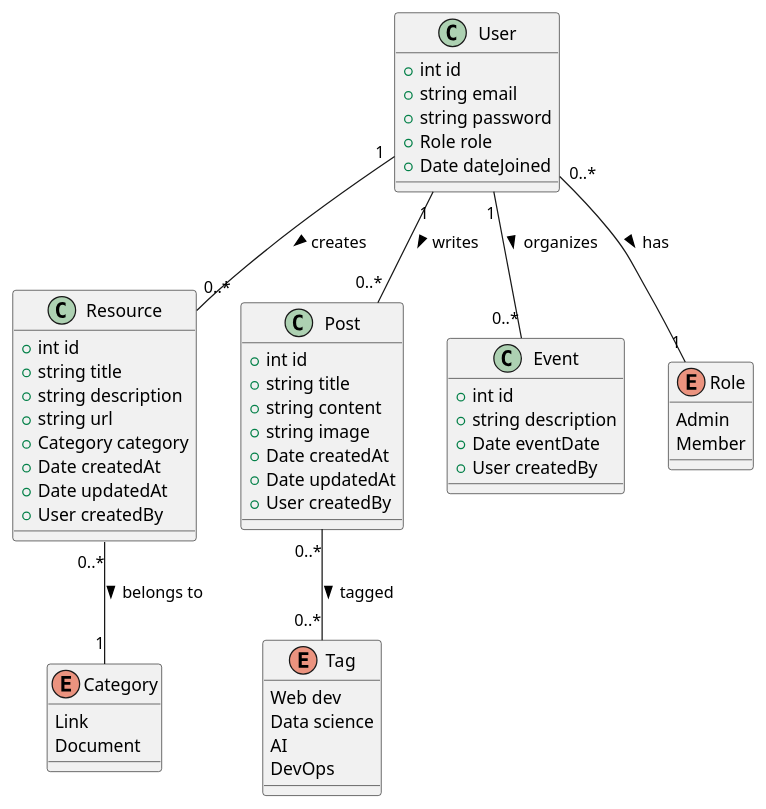
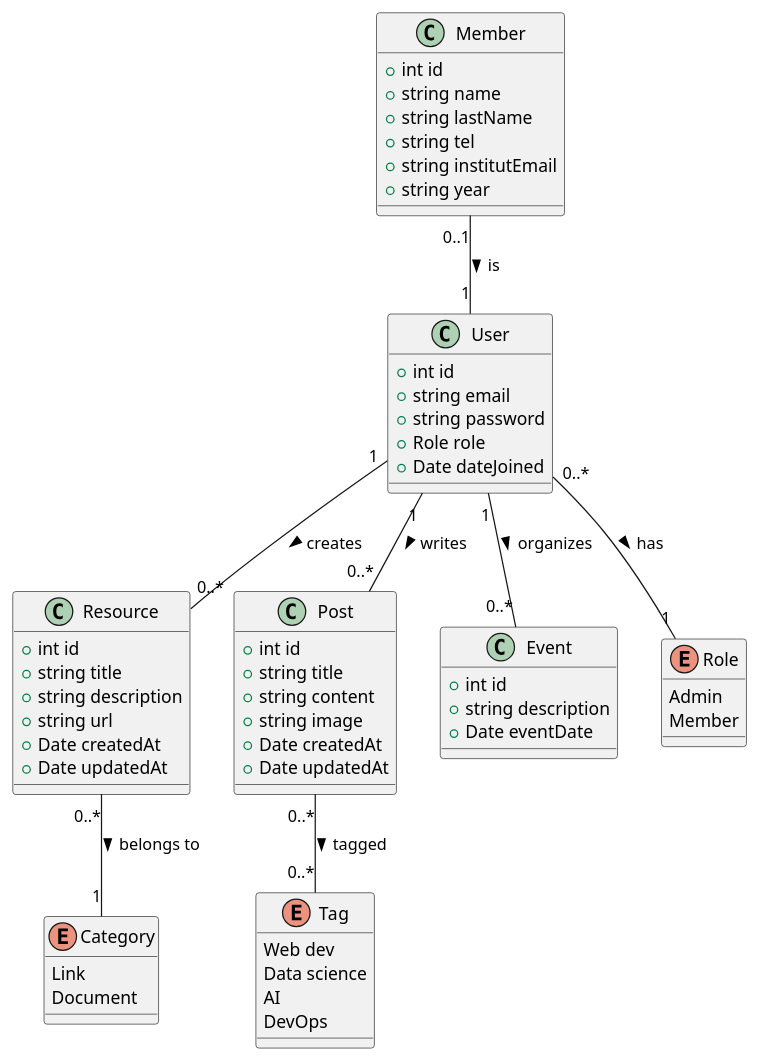
Before and after one commit to gl-ensias-community/gl-ensias: the diagram in uml/class_diagram.plantuml, drawn with PlantUML.

Commit message:
Update class diagram: add member class, remove class attributes

```diff
--- a/uml/class_diagram.plantuml
+++ b/uml/class_diagram.plantuml
@@ -1,63 +1,69 @@
 @startuml
 
 class User {
   +int id
   +string email
   +string password
   +Role role
   +Date dateJoined
 }
 
+class Member {
+  +int id
+  +string name
+  +string lastName
+  +string tel
+  +string institutEmail
+  +string year
+}
+
 class Resource {
   +int id
   +string title
   +string description
   +string url
-  +Category category
   +Date createdAt
   +Date updatedAt
-  +User createdBy
 }
 
 class Post {
   +int id
   +string title
   +string content
   +string image
   +Date createdAt
   +Date updatedAt
-  +User createdBy
 }
 
 class Event {
   +int id
   +string description
   +Date eventDate
-  +User createdBy
 }
 
 enum Role {
   Admin
   Member
 }
 
 enum Category {
   Link
   Document
 }
 
 enum Tag {
   Web dev
   Data science
   AI
   DevOps
 }
 
 User "1" -- "0..*" Resource : creates >
 User "1" -- "0..*" Post : writes >
 User "1" -- "0..*" Event : organizes >
+Member "0..1" -- "1" User : is >
 Resource "0..*" -- "1" Category : belongs to >
 Post "0..*" -- "0..*" Tag : tagged >
 User "0..*" -- "1" Role : has >
 
 @enduml
```
